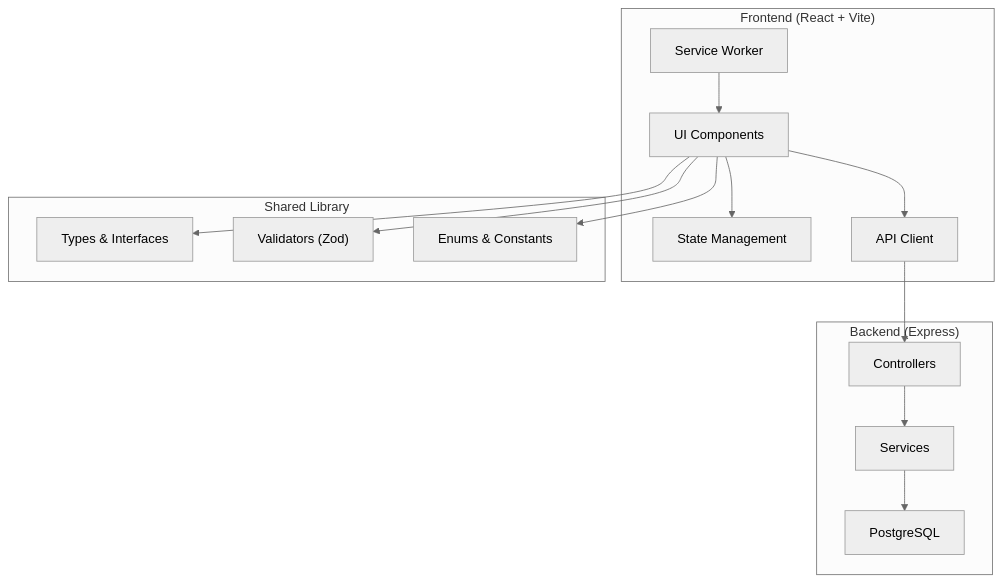
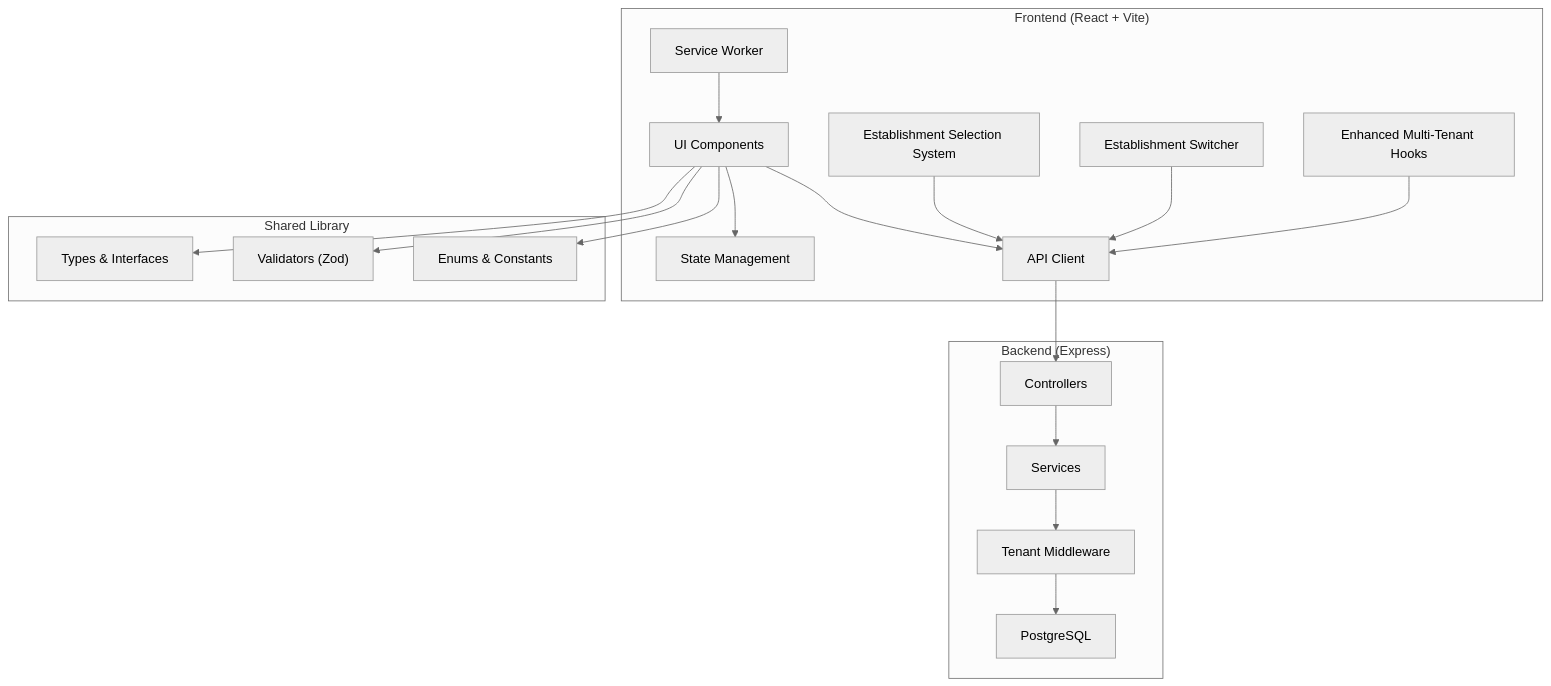
Before and after one commit to franckylab/eLISAschool: the second of 12 diagrams in .qoder/repowiki/en/content/Frontend & PWA Implementation/Frontend & PWA Implementation.md, drawn with Mermaid (neutral theme). The commit also changed other lines of this file and 281 other files, not shown here.

````diff
--- a/.qoder/repowiki/en/content/Frontend & PWA Implementation/Frontend & PWA Implementation.md
+++ b/.qoder/repowiki/en/content/Frontend & PWA Implementation/Frontend & PWA Implementation.md
@@ -118,28 +131,36 @@
 ```mermaid
 graph TB
 subgraph "Frontend (React + Vite)"
 UI["UI Components"]
 State["State Management"]
 API["API Client"]
 SW["Service Worker"]
+EstablishmentSelection["Establishment Selection System"]
+EstablishmentSwitcher["Establishment Switcher"]
+MultiTenantHooks["Enhanced Multi-Tenant Hooks"]
 end
 subgraph "Shared Library"
 Types["Types & Interfaces"]
 Validators["Validators (Zod)"]
 Enums["Enums & Constants"]
 end
 subgraph "Backend (Express)"
 Controllers["Controllers"]
 Services["Services"]
+TenantMiddleware["Tenant Middleware"]
 DB["PostgreSQL"]
 end
 UI --> State
 UI --> API
 API --> Controllers
 Controllers --> Services
-Services --> DB
+Services --> TenantMiddleware
+TenantMiddleware --> DB
 UI --> Types
 UI --> Validators
 UI --> Enums
 SW --> UI
+EstablishmentSelection --> API
+EstablishmentSwitcher --> API
+MultiTenantHooks --> API
 ```
````
